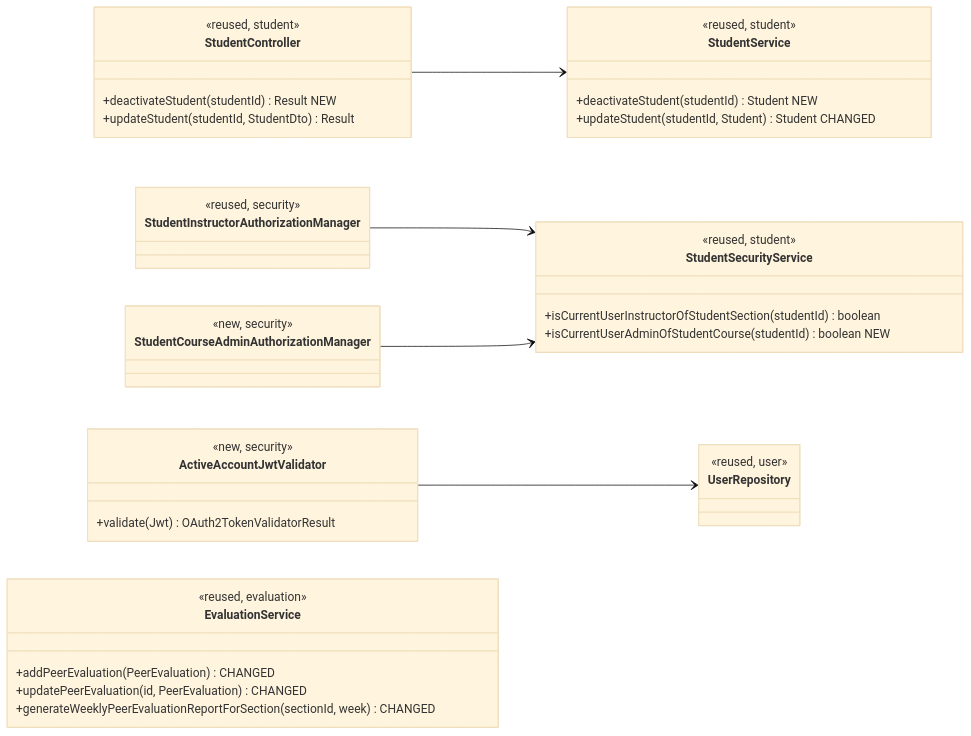
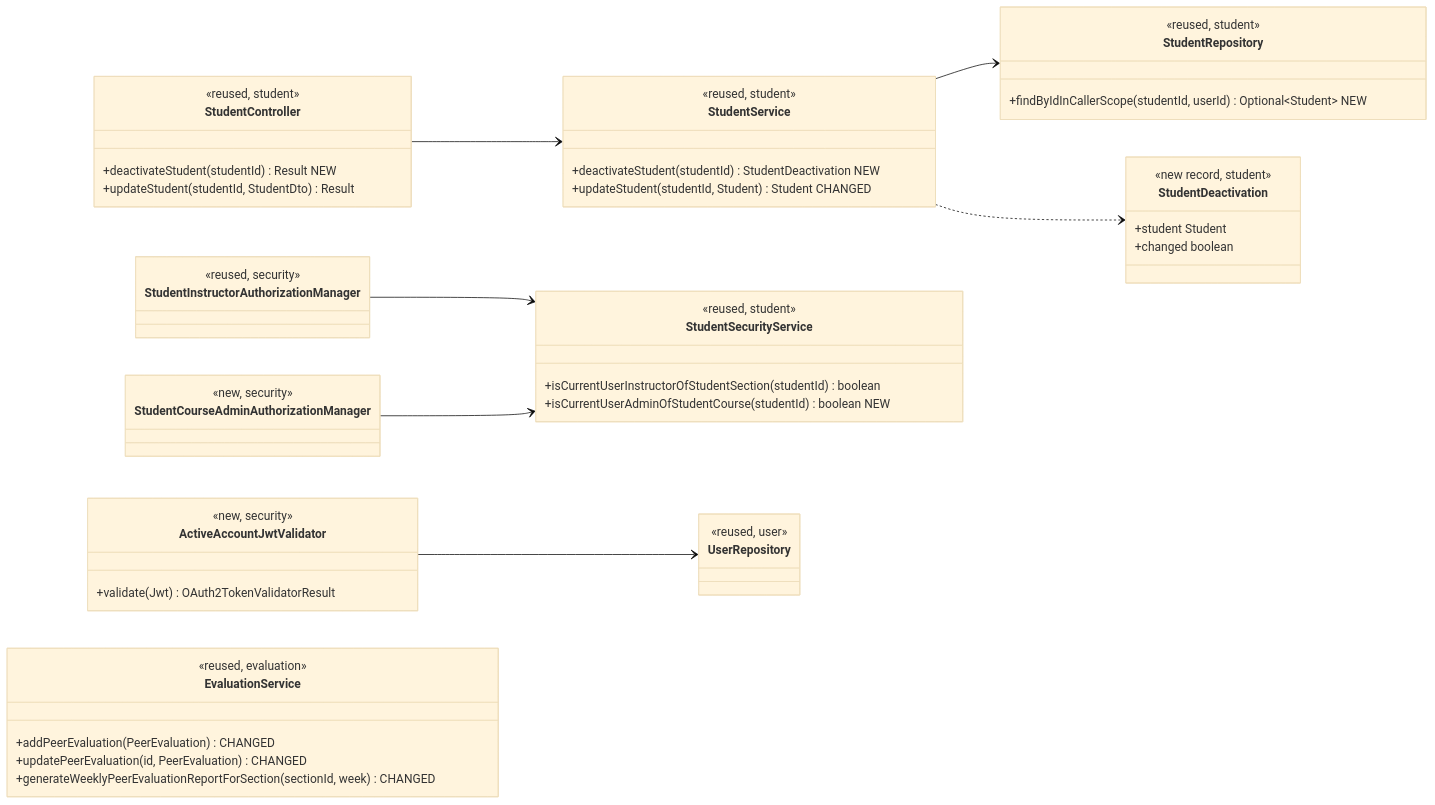
The first of 3 diagrams in docs/design/stu.md (janavgowda/add-a-use-case), drawn with Mermaid (base theme) before and after one commit. The commit also changed other lines of this file and 2 other files, not shown here.

First line of the commit message:
docs(STU): trace UC-STU-deactivate-student to the code that realizes it

````diff
--- a/docs/design/stu.md
+++ b/docs/design/stu.md
@@ -21,42 +21,53 @@
 ```mermaid
 classDiagram
     direction LR
     class StudentController {
         <<reused, student>>
         +deactivateStudent(studentId) Result NEW
         +updateStudent(studentId, StudentDto) Result
     }
     class StudentService {
         <<reused, student>>
-        +deactivateStudent(studentId) Student NEW
+        +deactivateStudent(studentId) StudentDeactivation NEW
         +updateStudent(studentId, Student) Student CHANGED
+    }
+    class StudentDeactivation {
+        <<new record, student>>
+        +student Student
+        +changed boolean
+    }
+    class StudentRepository {
+        <<reused, student>>
+        +findByIdInCallerScope(studentId, userId) Optional~Student~ NEW
     }
     class StudentSecurityService {
         <<reused, student>>
         +isCurrentUserInstructorOfStudentSection(studentId) boolean
         +isCurrentUserAdminOfStudentCourse(studentId) boolean NEW
     }
     class StudentInstructorAuthorizationManager {
         <<reused, security>>
     }
     class StudentCourseAdminAuthorizationManager {
         <<new, security>>
     }
     class ActiveAccountJwtValidator {
         <<new, security>>
         +validate(Jwt) OAuth2TokenValidatorResult
     }
     class UserRepository {
         <<reused, user>>
     }
     class EvaluationService {
         <<reused, evaluation>>
         +addPeerEvaluation(PeerEvaluation) CHANGED
         +updatePeerEvaluation(id, PeerEvaluation) CHANGED
         +generateWeeklyPeerEvaluationReportForSection(sectionId, week) CHANGED
     }
     StudentController --> StudentService
+    StudentService --> StudentRepository
+    StudentService ..> StudentDeactivation
     StudentInstructorAuthorizationManager --> StudentSecurityService
     StudentCourseAdminAuthorizationManager --> StudentSecurityService
     ActiveAccountJwtValidator --> UserRepository
 ```
````
